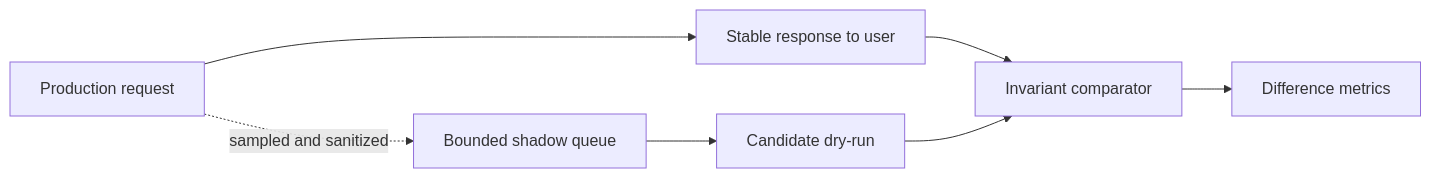
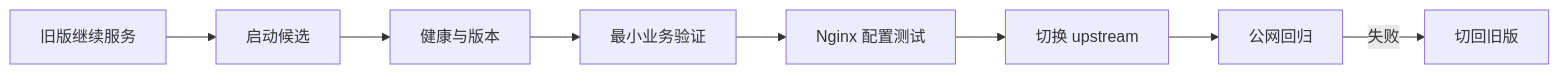
Before and after one commit to upJiang/jiang-blog-vitepress: the diagram in docs/devops/candidate-validation-traffic-switching.md, drawn with Mermaid. The commit also changed other lines of this file and 164 other files, not shown here.

````diff
--- a/docs/devops/candidate-validation-traffic-switching.md
+++ b/docs/devops/candidate-validation-traffic-switching.md
@@ -108,9 +22,10 @@
 ```mermaid
 flowchart LR
-  R[Production request] --> S[Stable response to user]
-  R -. sampled and sanitized .-> Q[Bounded shadow queue]
-  Q --> C[Candidate dry-run]
-  S --> K[Invariant comparator]
-  C --> K
-  K --> M[Difference metrics]
+  S[旧版继续服务] --> C[启动候选]
+  C --> H[健康与版本]
+  H --> B[最小业务验证]
+  B --> N[Nginx 配置测试]
+  N --> X[切换 upstream]
+  X --> V[公网回归]
+  V -->|失败| R[切回旧版]
 ```
````
